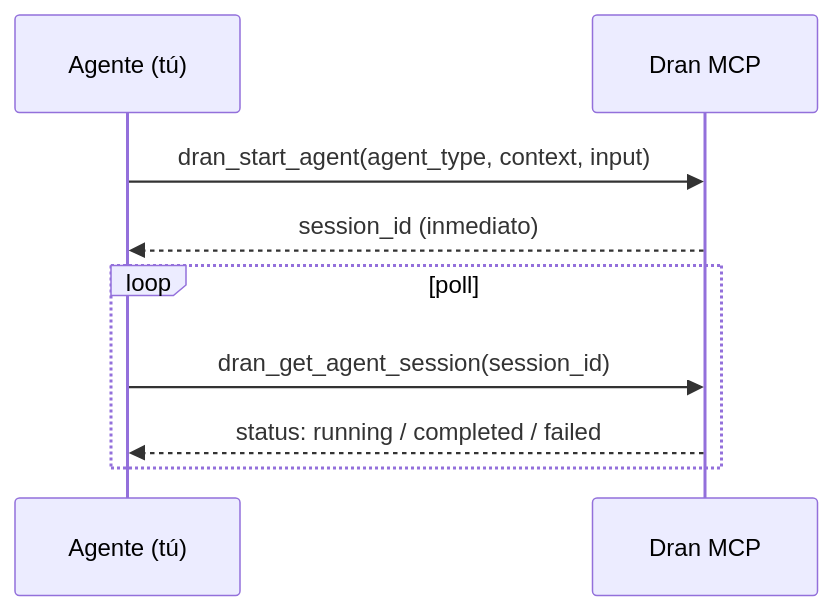
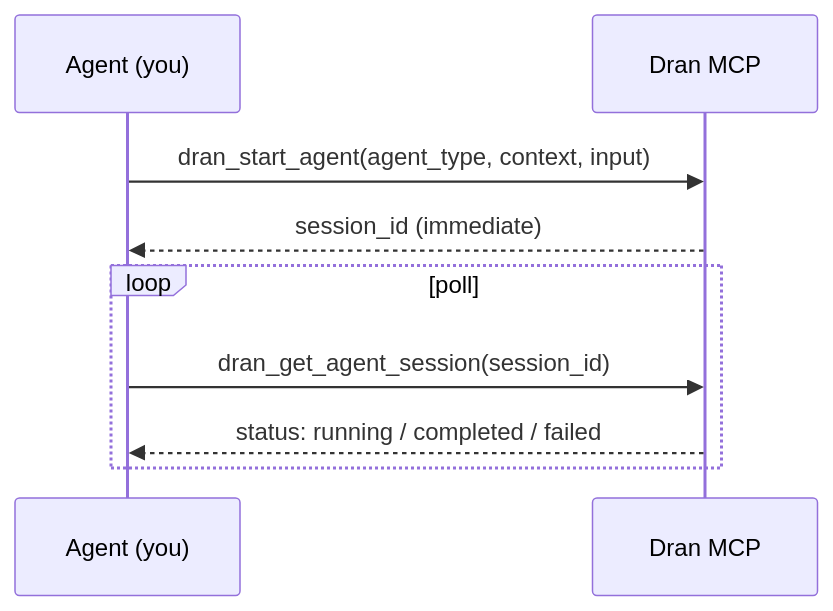
The third of 3 diagrams in skills/maintenance-flow/SKILL.md (alvarolizama/dran), drawn with Mermaid before and after one commit. The commit also changed other lines of this file and 11 other files, not shown here.

Commit message:
feat: traducir skills de dran al inglés (9 flows + dran + references)

````diff
--- a/skills/maintenance-flow/SKILL.md
+++ b/skills/maintenance-flow/SKILL.md
@@ -88,11 +88,11 @@
 ```mermaid
 sequenceDiagram
-  participant A as Agente (tú)
+  participant A as Agent (you)
   participant D as Dran MCP
   A->>D: dran_start_agent(agent_type, context, input)
-  D-->>A: session_id (inmediato)
+  D-->>A: session_id (immediate)
   loop poll
     A->>D: dran_get_agent_session(session_id)
     D-->>A: status: running / completed / failed
   end
 ```
````
